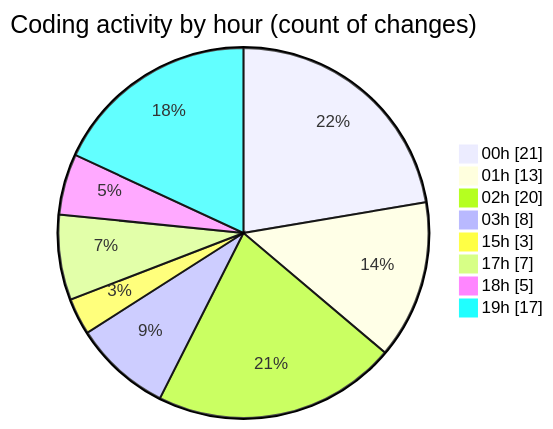
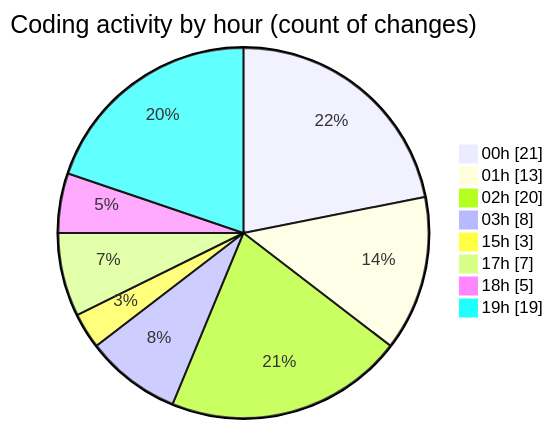
Before and after one commit to Ritupan-Deka/code-tracking: the second of 2 diagrams in 2025-06-22/___base/README.md, drawn with Mermaid. The commit also changed other lines of this file and 1 other file, not shown here.

````diff
--- a/2025-06-22/___base/README.md
+++ b/2025-06-22/___base/README.md
@@ -36,12 +36,12 @@
 ```mermaid
 pie showData
 title Coding activity by hour (count of changes)
 "00h" : 21
 "01h" : 13
 "02h" : 20
 "03h" : 8
 "15h" : 3
 "17h" : 7
 "18h" : 5
-"19h" : 17
+"19h" : 19
 ```
````
